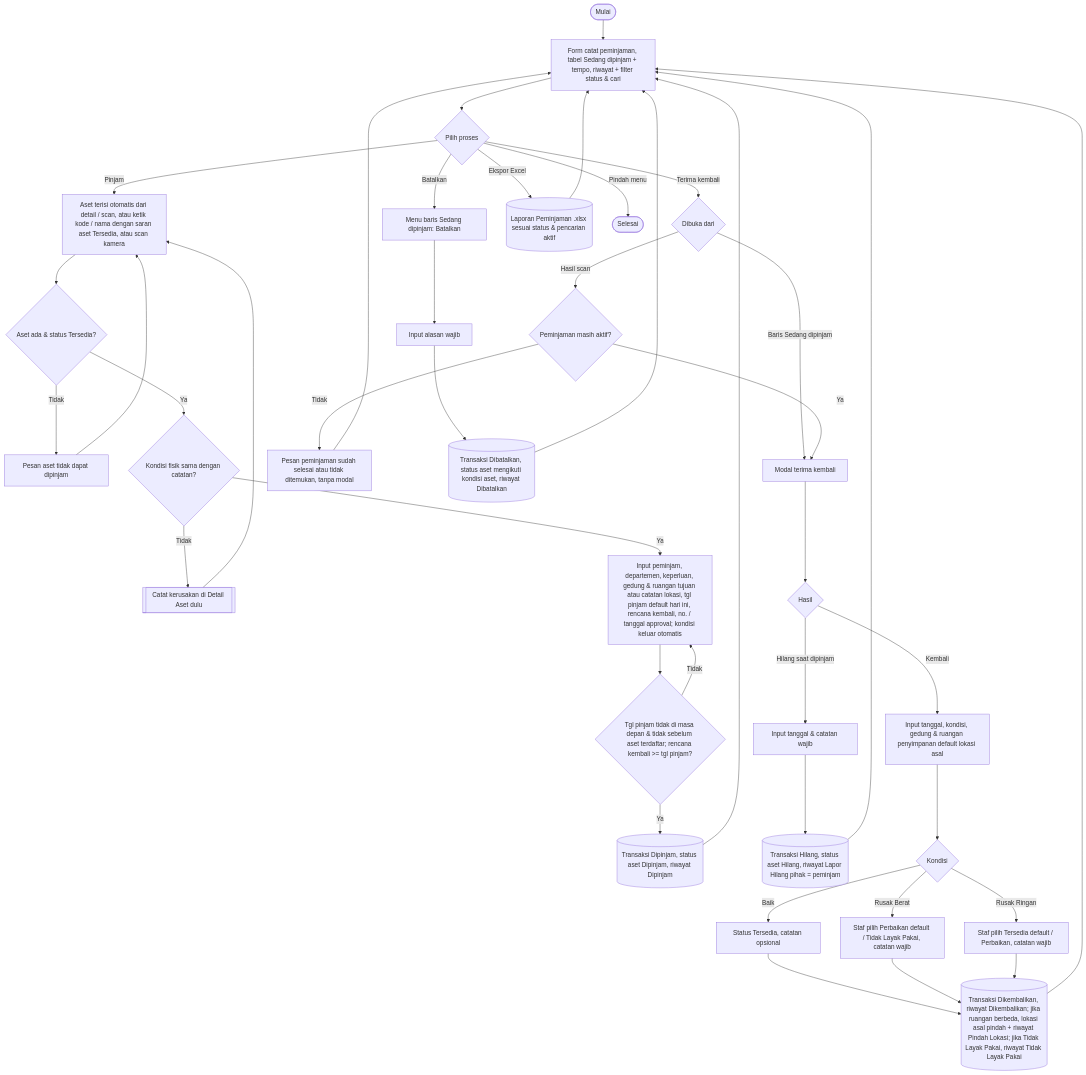
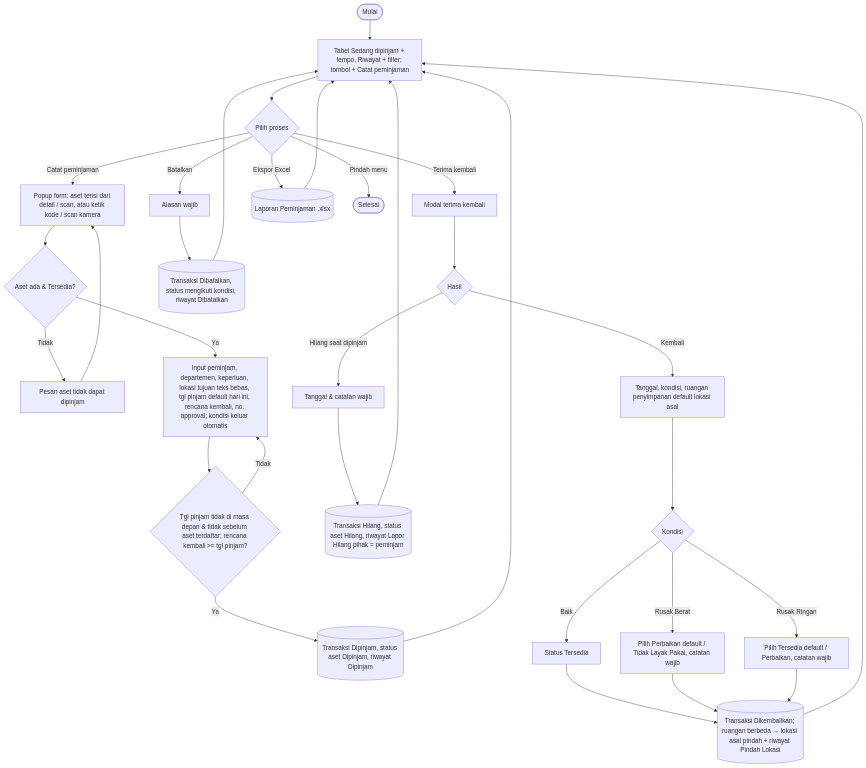
One commit to mrizqihidayat/system-tracking-asset changed the fifth of 9 diagrams in docs/flowchart.md. Above: the diagram before and after it, drawn with Mermaid. The commit also changed other lines of this file and 3 other files, not shown here.

Commit message:
Tambah test case manual dan flowchart draw.io yang dibuat dari flowchart.md

````diff
--- a/docs/flowchart.md
+++ b/docs/flowchart.md
@@ -183,34 +139,24 @@
 ```mermaid
 flowchart TD
-    A([Mulai]) --> B[Form catat peminjaman, tabel Sedang dipinjam + tempo, riwayat + filter status & cari]
+    A([Mulai]) --> B[Tabel Sedang dipinjam + tempo, Riwayat + filter; tombol + Catat peminjaman]
     B --> C{Pilih proses}
-
-    C -- Pinjam --> P1[Aset terisi otomatis dari detail / scan, atau ketik kode / nama dengan saran aset Tersedia, atau scan kamera]
-    P1 --> P2{Aset ada & status Tersedia?}
+    C -- Catat peminjaman --> P1[Popup form: aset terisi dari detail / scan, atau ketik kode / scan kamera]
+    P1 --> P2{Aset ada & Tersedia?}
     P2 -- Tidak --> P3[Pesan aset tidak dapat dipinjam] --> P1
-    P2 -- Ya --> P3a{Kondisi fisik sama dengan catatan?}
-    P3a -- Tidak --> P3b[[Catat kerusakan di Detail Aset dulu]] --> P1
-    P3a -- Ya --> P4[Input peminjam, departemen, keperluan, gedung & ruangan tujuan atau catatan lokasi, tgl pinjam default hari ini, rencana kembali, no. / tanggal approval; kondisi keluar otomatis]
+    P2 -- Ya --> P4[Input peminjam, departemen, keperluan, lokasi tujuan teks bebas, tgl pinjam default hari ini, rencana kembali, no. approval; kondisi keluar otomatis]
     P4 --> P5{Tgl pinjam tidak di masa depan & tidak sebelum aset terdaftar; rencana kembali >= tgl pinjam?}
     P5 -- Tidak --> P4
     P5 -- Ya --> P6[(Transaksi Dipinjam, status aset Dipinjam, riwayat Dipinjam)] --> B
-
-    C -- Terima kembali --> R0{Dibuka dari}
-    R0 -- Baris Sedang dipinjam --> R1[Modal terima kembali]
-    R0 -- Hasil scan --> R0a{Peminjaman masih aktif?}
-    R0a -- Tidak --> R0b[Pesan peminjaman sudah selesai atau tidak ditemukan, tanpa modal] --> B
-    R0a -- Ya --> R1
+    C -- Terima kembali --> R1[Modal terima kembali]
     R1 --> R1a{Hasil}
-    R1a -- Hilang saat dipinjam --> H1[Input tanggal & catatan wajib] --> H2[(Transaksi Hilang, status aset Hilang, riwayat Lapor Hilang pihak = peminjam)] --> B
-    R1a -- Kembali --> R2[Input tanggal, kondisi, gedung & ruangan penyimpanan default lokasi asal]
+    R1a -- Hilang saat dipinjam --> H1[Tanggal & catatan wajib] --> H2[(Transaksi Hilang, status aset Hilang, riwayat Lapor Hilang pihak = peminjam)] --> B
+    R1a -- Kembali --> R2[Tanggal, kondisi, ruangan penyimpanan default lokasi asal]
     R2 --> R3{Kondisi}
-    R3 -- Baik --> R4[Status Tersedia, catatan opsional]
-    R3 -- Rusak Ringan --> R6[Staf pilih Tersedia default / Perbaikan, catatan wajib]
-    R3 -- Rusak Berat --> R5[Staf pilih Perbaikan default / Tidak Layak Pakai, catatan wajib]
-    R4 & R5 & R6 --> R10[(Transaksi Dikembalikan, riwayat Dikembalikan; jika ruangan berbeda, lokasi asal pindah + riwayat Pindah Lokasi; jika Tidak Layak Pakai, riwayat Tidak Layak Pakai)] --> B
-
-    C -- Batalkan --> X1[Menu baris Sedang dipinjam: Batalkan] --> X2[Input alasan wajib] --> X3[(Transaksi Dibatalkan, status aset mengikuti kondisi aset, riwayat Dibatalkan)] --> B
-
-    C -- Ekspor Excel --> E1[(Laporan Peminjaman .xlsx sesuai status & pencarian aktif)] --> B
+    R3 -- Baik --> R4[Status Tersedia]
+    R3 -- Rusak Ringan --> R6[Pilih Tersedia default / Perbaikan, catatan wajib]
+    R3 -- Rusak Berat --> R5[Pilih Perbaikan default / Tidak Layak Pakai, catatan wajib]
+    R4 & R5 & R6 --> R10[(Transaksi Dikembalikan; ruangan berbeda → lokasi asal pindah + riwayat Pindah Lokasi)] --> B
+    C -- Batalkan --> X2[Alasan wajib] --> X3[(Transaksi Dibatalkan, status mengikuti kondisi, riwayat Dibatalkan)] --> B
+    C -- Ekspor Excel --> E1[(Laporan Peminjaman .xlsx)] --> B
     C -- Pindah menu --> Z([Selesai])
 ```
````
